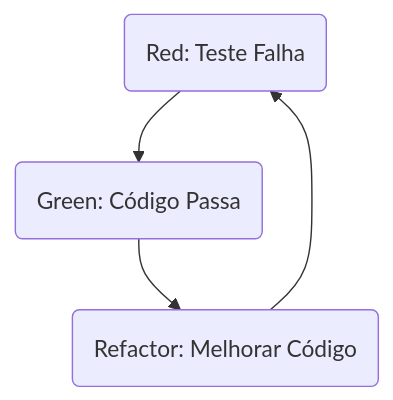
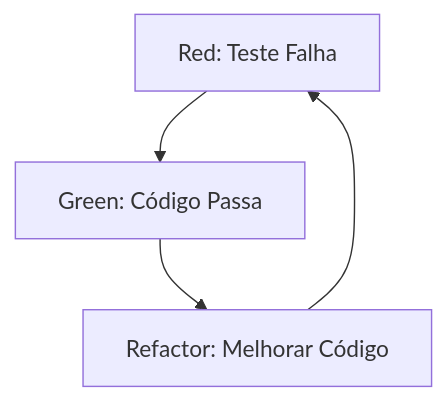
One commit to ricardotecpro/ads_spec_backend_com_python changed the diagram in docs/16.md. Above: the diagram before and after it, drawn with Mermaid. The commit also changed 4 other files, not shown here.

````diff
--- a/docs/16.md
+++ b/docs/16.md
@@ -30,6 +30,6 @@
 ```mermaid
 graph TD
-    A(Red: Teste Falha) --> B(Green: Código Passa)
-    B --> C(Refactor: Melhorar Código)
+    A[Red: Teste Falha] --> B[Green: Código Passa]
+    B --> C[Refactor: Melhorar Código]
     C --> A
 ```
````
